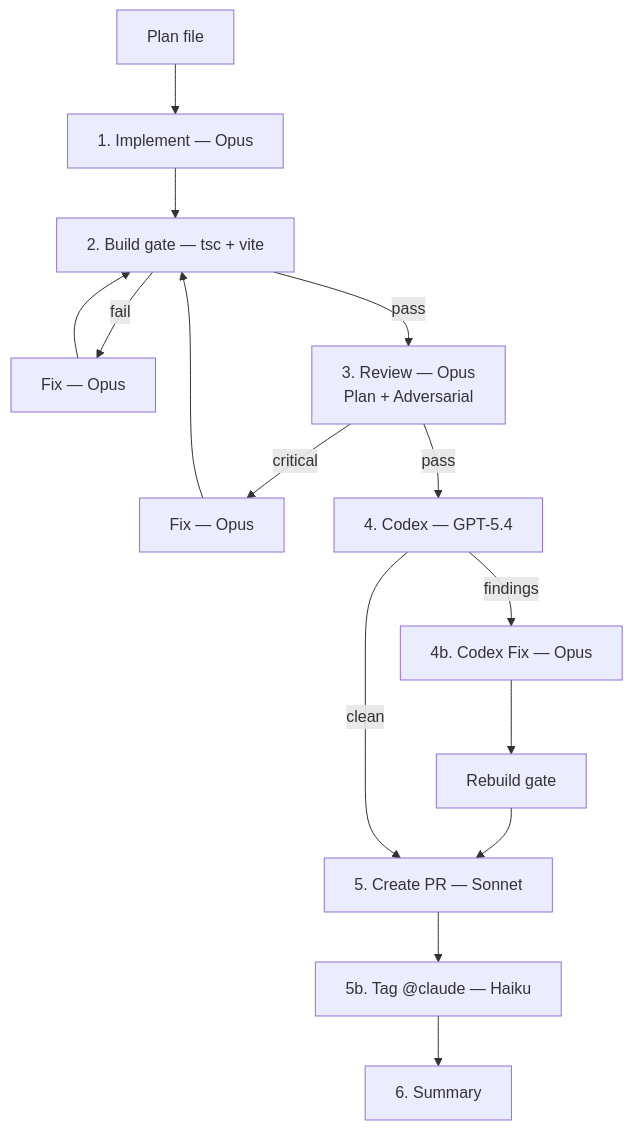
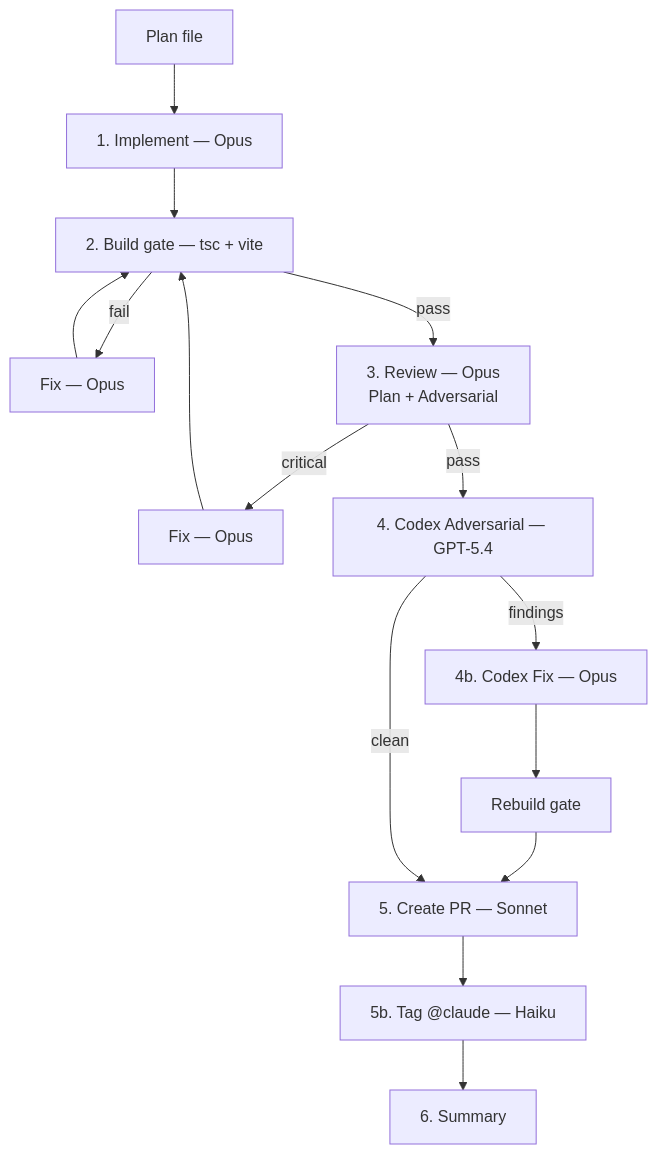
The first of 3 diagrams in README.md (ilsantino/iago-os), drawn with Mermaid before and after one commit.

Commit message:
docs: label step 4 as 'Codex Adversarial' in pipeline diagram

````diff
--- a/README.md
+++ b/README.md
@@ -116,18 +116,18 @@
 ```mermaid
 flowchart TD
     Plan[Plan file] --> Impl[1. Implement — Opus]
     Impl --> Build[2. Build gate — tsc + vite]
     Build -->|fail| Fix[Fix — Opus]
     Fix --> Build
     Build -->|pass| Review["3. Review — Opus
     Plan + Adversarial"]
     Review -->|critical| Fix2[Fix — Opus]
     Fix2 --> Build
-    Review -->|pass| Codex[4. Codex — GPT-5.4]
+    Review -->|pass| Codex[4. Codex Adversarial — GPT-5.4]
     Codex -->|findings| CdxFix[4b. Codex Fix — Opus]
     CdxFix --> Rebuild[Rebuild gate]
     Rebuild --> PR[5. Create PR — Sonnet]
     Codex -->|clean| PR
     PR --> Tag[5b. Tag @claude — Haiku]
     Tag --> Summary[6. Summary]
 ```
````
